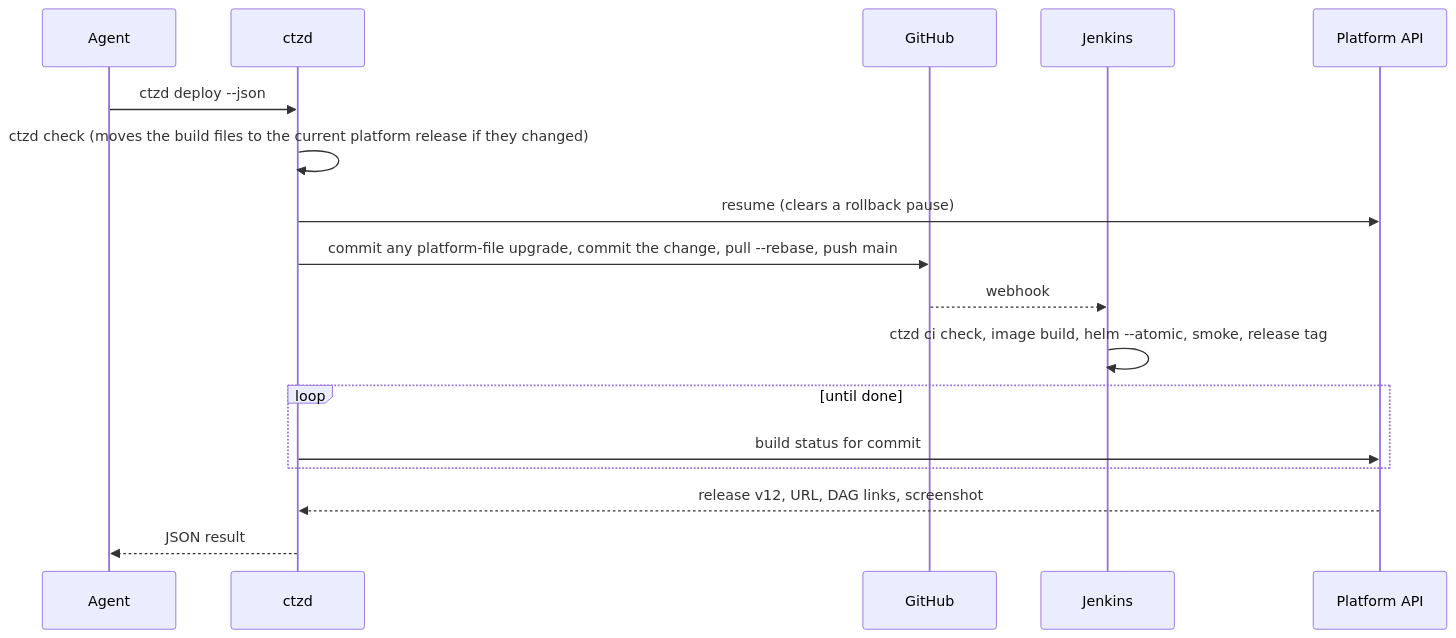
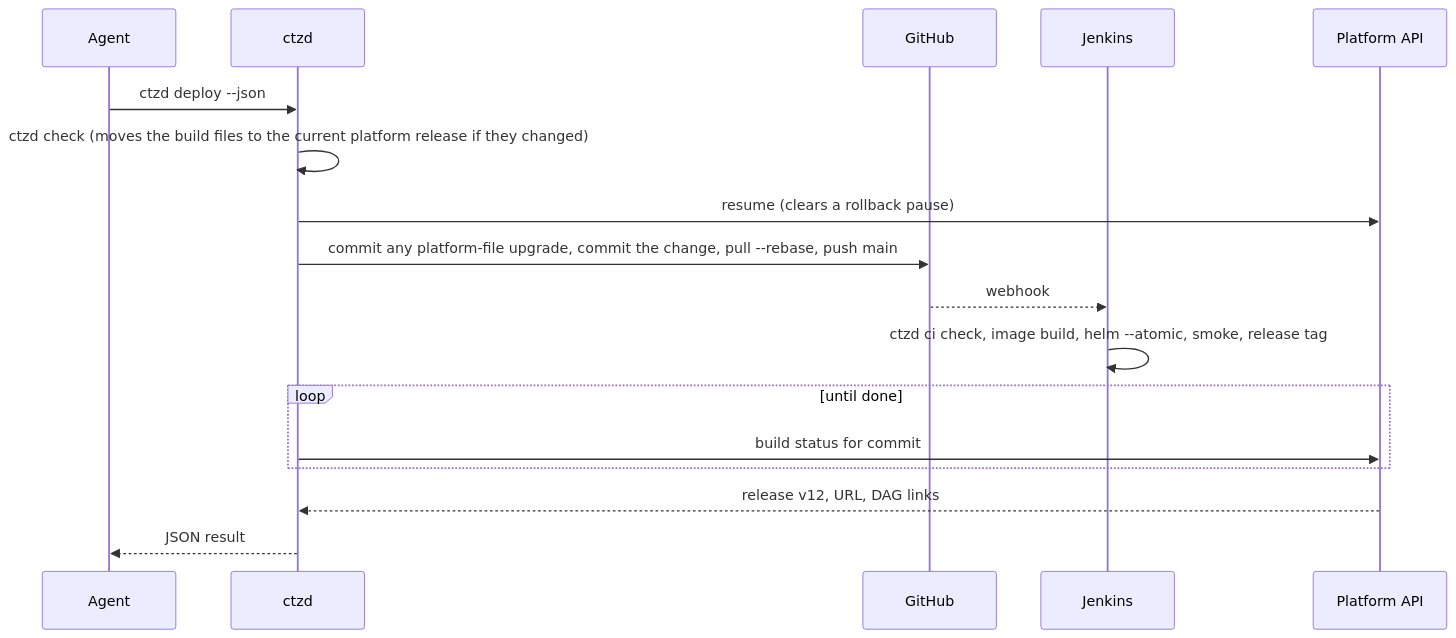
The second of 2 diagrams in docs/plan.md (jacobragsdale/ctzd), drawn with Mermaid before and after one commit. The commit also changed other lines of this file and 1 other file, not shown here.

````diff
--- a/docs/plan.md
+++ b/docs/plan.md
@@ -220,19 +263,19 @@
 ```mermaid
 sequenceDiagram
   participant A as Agent
   participant C as ctzd
   participant G as GitHub
   participant J as Jenkins
   participant P as Platform API
   A->>C: ctzd deploy --json
   C->>C: ctzd check (moves the build files to the current platform release if they changed)
   C->>P: resume (clears a rollback pause)
   C->>G: commit any platform-file upgrade, commit the change, pull --rebase, push main
   G-->>J: webhook
   J->>J: ctzd ci check, image build, helm --atomic, smoke, release tag
   loop until done
     C->>P: build status for commit
   end
-  P-->>C: release v12, URL, DAG links, screenshot
+  P-->>C: release v12, URL, DAG links
   C-->>A: JSON result
 ```
````
